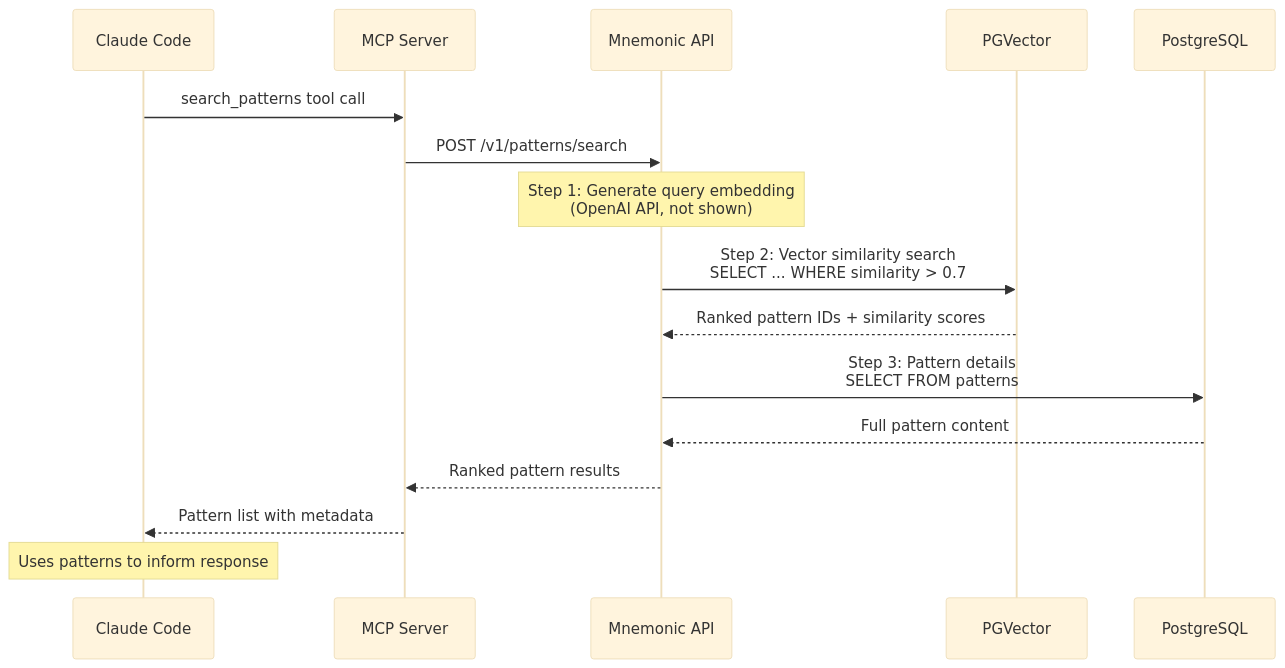
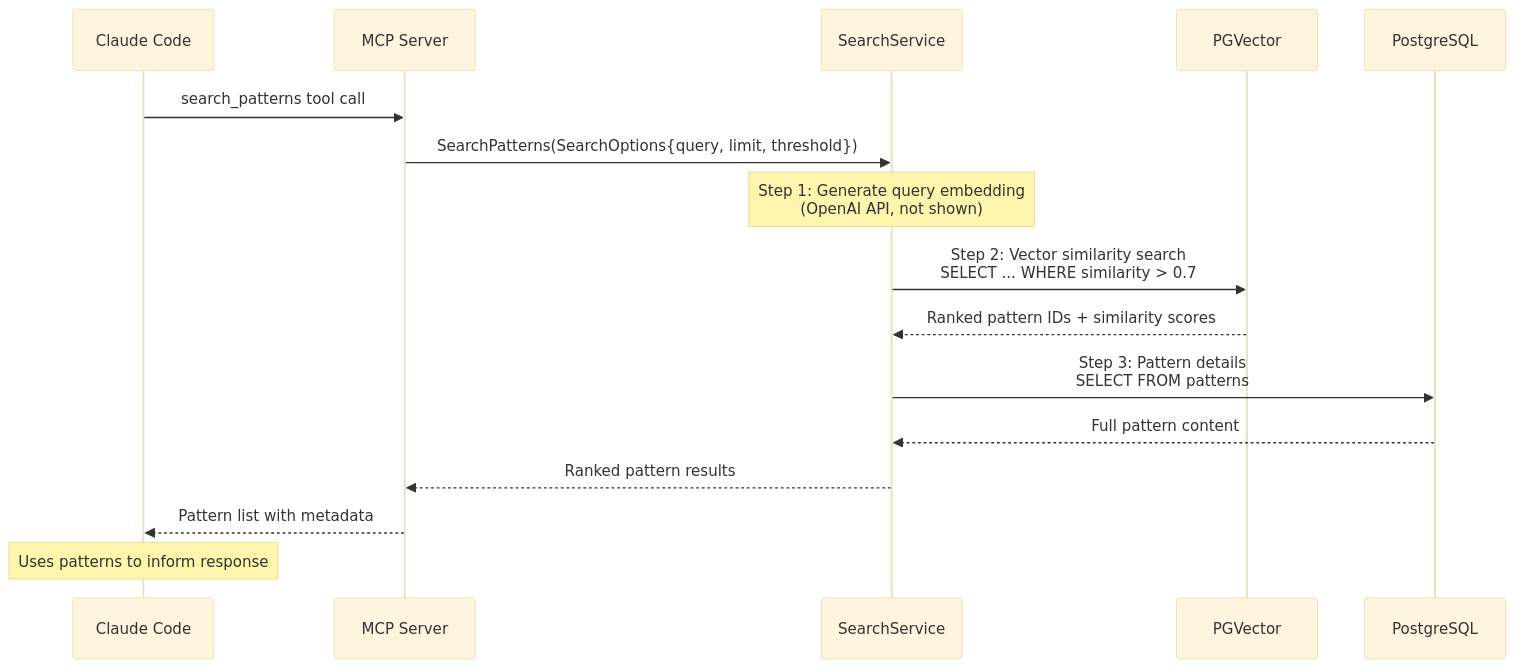
One commit to twistingmercury/mnemonic-mcp changed the fourth of 4 diagrams in docs/architecture/05-database-integration-flow.md. Above: the diagram before and after it, drawn with Mermaid (base theme). The commit also changed 49 other files, not shown here.

````diff
--- a/docs/architecture/05-database-integration-flow.md
+++ b/docs/architecture/05-database-integration-flow.md
@@ -376,24 +376,24 @@
 ```mermaid
 sequenceDiagram
     participant CC as Claude Code
     participant MCP as MCP Server
-    participant API as Mnemonic API
+    participant SVC as SearchService
     participant PGV as PGVector
     participant PG as PostgreSQL
 
     CC->>MCP: search_patterns tool call
-    MCP->>API: POST /v1/patterns/search
+    MCP->>SVC: SearchPatterns(SearchOptions{query, limit, threshold})
 
-    Note over API: Step 1: Generate query embedding<br/>(OpenAI API, not shown)
+    Note over SVC: Step 1: Generate query embedding<br/>(OpenAI API, not shown)
 
-    API->>PGV: Step 2: Vector similarity search<br/>SELECT ... WHERE similarity > 0.7
-    PGV-->>API: Ranked pattern IDs + similarity scores
+    SVC->>PGV: Step 2: Vector similarity search<br/>SELECT ... WHERE similarity > 0.7
+    PGV-->>SVC: Ranked pattern IDs + similarity scores
 
-    API->>PG: Step 3: Pattern details<br/>SELECT FROM patterns
-    PG-->>API: Full pattern content
+    SVC->>PG: Step 3: Pattern details<br/>SELECT FROM patterns
+    PG-->>SVC: Full pattern content
 
-    API-->>MCP: Ranked pattern results
+    SVC-->>MCP: Ranked pattern results
     MCP-->>CC: Pattern list with metadata
 
     Note over CC: Uses patterns to inform response
 ```
````
